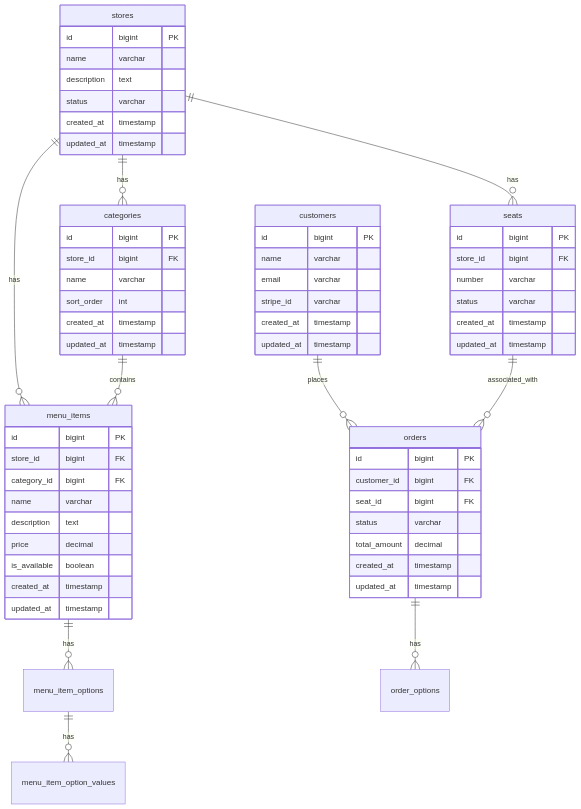
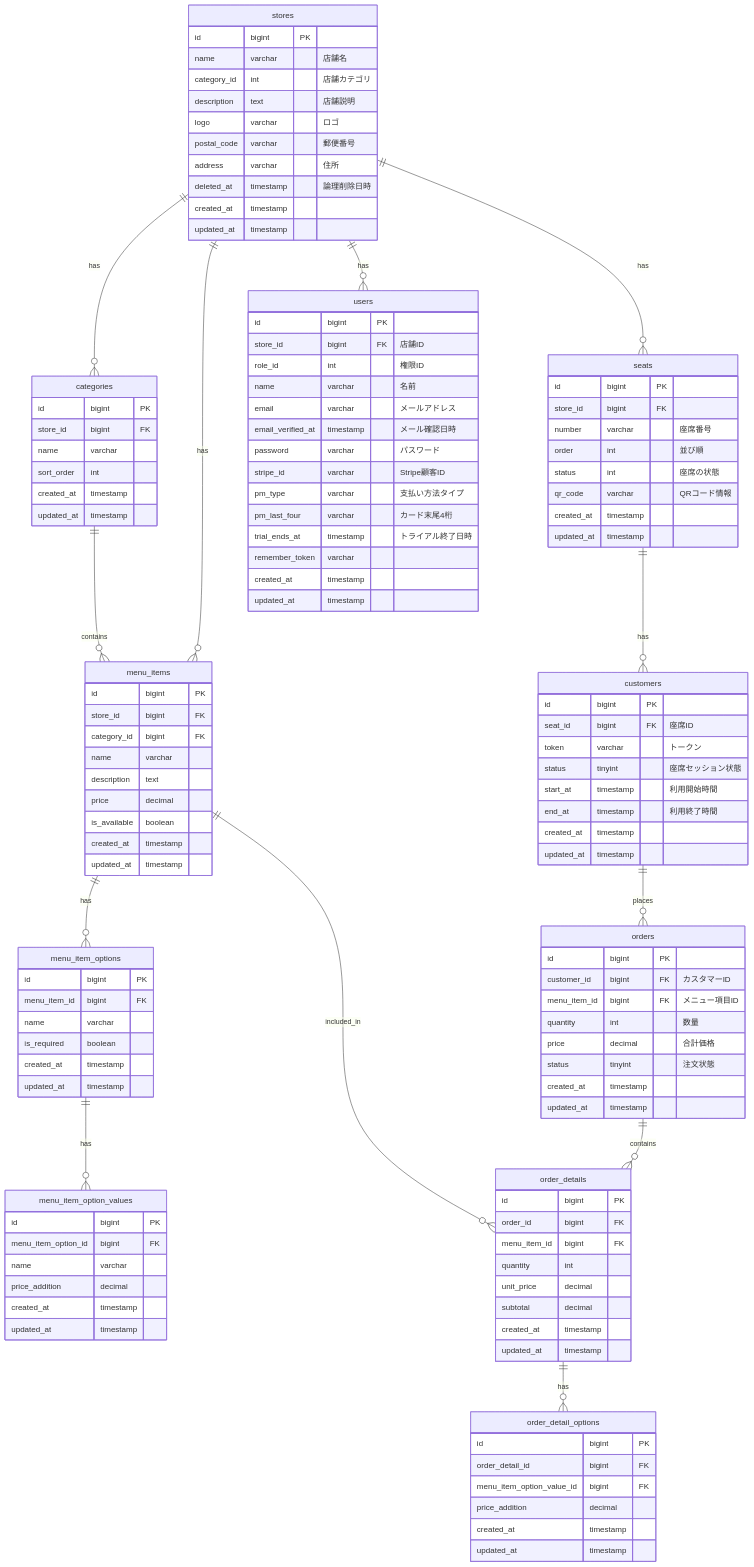
Before and after one commit to jobpay/qr-order-api: the diagram in README.md, drawn with Mermaid.

Commit message:
ER図修正

```diff
--- a/README.md
+++ b/README.md
@@ -73,18 +73,42 @@
     stores ||--o{ menu_items : has
     stores ||--o{ seats : has
     stores ||--o{ categories : has
+    stores ||--o{ users : has
     menu_items ||--o{ menu_item_options : has
     menu_item_options ||--o{ menu_item_option_values : has
-    orders ||--o{ order_options : has
+    orders ||--o{ order_details : contains
+    order_details ||--o{ order_detail_options : has
     customers ||--o{ orders : places
-    seats ||--o{ orders : associated_with
+    seats ||--o{ customers : has
     categories ||--o{ menu_items : contains
+    menu_items ||--o{ order_details : included_in
 
     stores {
         id bigint PK
-        name varchar
-        description text
-        status varchar
+        name varchar "店舗名"
+        category_id int "店舗カテゴリ"
+        description text "店舗説明"
+        logo varchar "ロゴ"
+        postal_code varchar "郵便番号"
+        address varchar "住所"
+        deleted_at timestamp "論理削除日時"
+        created_at timestamp
+        updated_at timestamp
+    }
+
+    users {
+        id bigint PK
+        store_id bigint FK "店舗ID"
+        role_id int "権限ID"
+        name varchar "名前"
+        email varchar "メールアドレス"
+        email_verified_at timestamp "メール確認日時"
+        password varchar "パスワード"
+        stripe_id varchar "Stripe顧客ID"
+        pm_type varchar "支払い方法タイプ"
+        pm_last_four varchar "カード末尾4桁"
+        trial_ends_at timestamp "トライアル終了日時"
+        remember_token varchar
         created_at timestamp
         updated_at timestamp
     }
@@ -101,21 +125,62 @@
         updated_at timestamp
     }
 
+    menu_item_options {
+        id bigint PK
+        menu_item_id bigint FK
+        name varchar
+        is_required boolean
+        created_at timestamp
+        updated_at timestamp
+    }
+
+    menu_item_option_values {
+        id bigint PK
+        menu_item_option_id bigint FK
+        name varchar
+        price_addition decimal
+        created_at timestamp
+        updated_at timestamp
+    }
+
     orders {
         id bigint PK
-        customer_id bigint FK
-        seat_id bigint FK
-        status varchar
-        total_amount decimal
+        customer_id bigint FK "カスタマーID"
+        menu_item_id bigint FK "メニュー項目ID"
+        quantity int "数量"
+        price decimal "合計価格"
+        status tinyint "注文状態"
+        created_at timestamp
+        updated_at timestamp
+    }
+
+    order_details {
+        id bigint PK
+        order_id bigint FK
+        menu_item_id bigint FK
+        quantity int
+        unit_price decimal
+        subtotal decimal
+        created_at timestamp
+        updated_at timestamp
+    }
+
+    order_detail_options {
+        id bigint PK
+        order_detail_id bigint FK
+        menu_item_option_value_id bigint FK
+        price_addition decimal
         created_at timestamp
         updated_at timestamp
     }
 
     customers {
         id bigint PK
-        name varchar
-        email varchar
-        stripe_id varchar
+        seat_id bigint FK "座席ID"
+        token varchar "トークン"
+        status tinyint "座席セッション状態"
+        start_at timestamp "利用開始時間"
+        end_at timestamp "利用終了時間"
         created_at timestamp
         updated_at timestamp
     }
@@ -123,8 +188,10 @@
     seats {
         id bigint PK
         store_id bigint FK
-        number varchar
-        status varchar
+        number varchar "座席番号"
+        order int "並び順"
+        status int "座席の状態"
+        qr_code varchar "QRコード情報"
         created_at timestamp
         updated_at timestamp
     }
```
